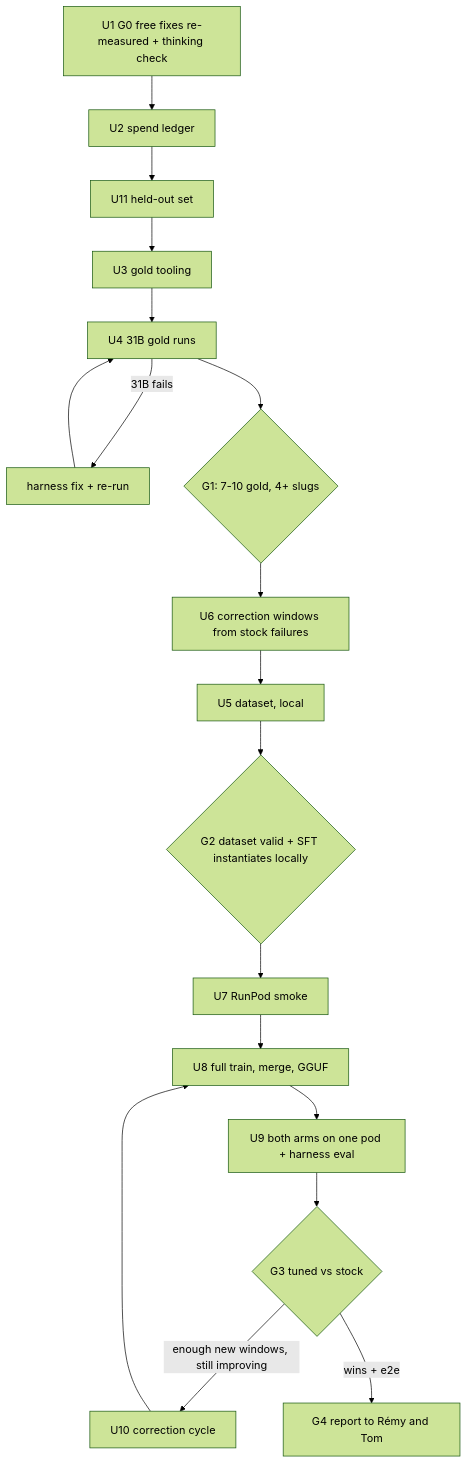
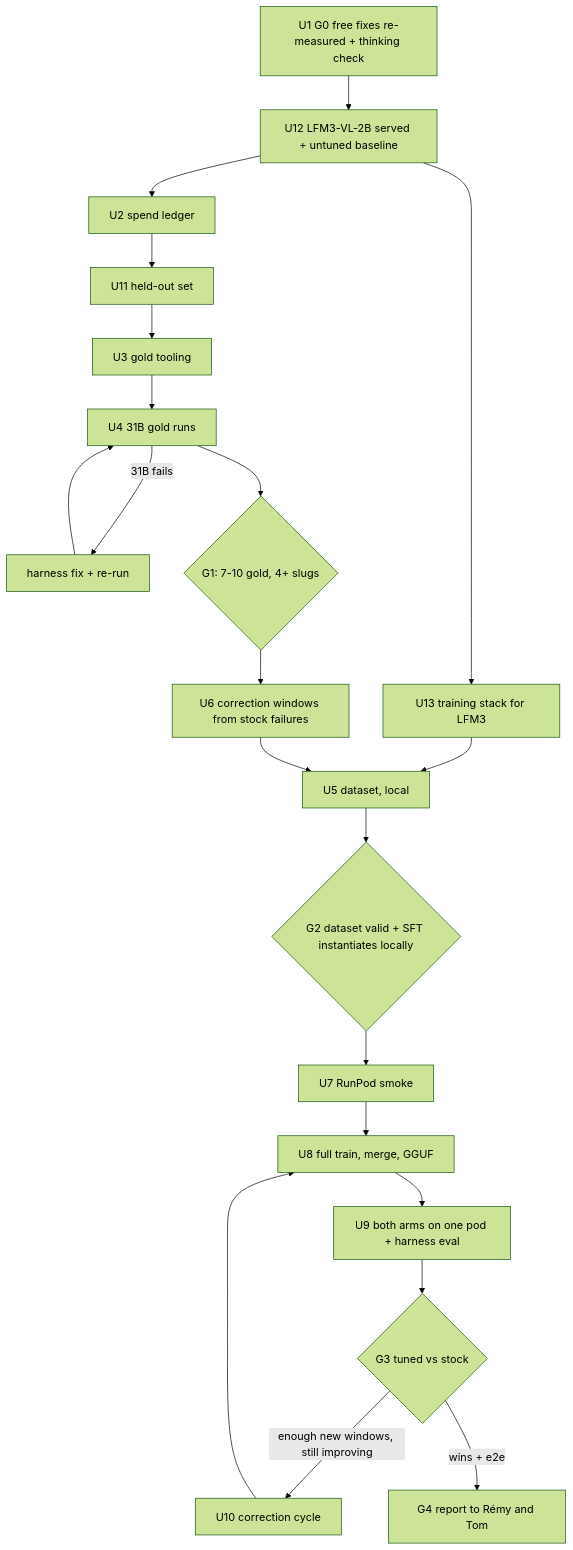
Before and after one commit to buriedsignals/splash: the diagram in docs/plans/2026-10-27-2327-feat-pi-harness-tom-tuning-loop-plan.md, drawn with Mermaid (forest theme). The commit also changed other lines of this file and 1 other file, not shown here.

````diff
--- a/docs/plans/2026-10-27-2327-feat-pi-harness-tom-tuning-loop-plan.md
+++ b/docs/plans/2026-10-27-2327-feat-pi-harness-tom-tuning-loop-plan.md
@@ -104,13 +109,14 @@
 ```mermaid
 flowchart TB
-  U1[U1 G0 free fixes re-measured + thinking check] --> U2[U2 spend ledger] --> U11[U11 held-out set]
+  U1[U1 G0 free fixes re-measured + thinking check] --> U12[U12 LFM3-VL-2B served + untuned baseline] --> U2[U2 spend ledger] --> U11[U11 held-out set]
+  U12 --> U13[U13 training stack for LFM3] --> U5
   U11 --> U3[U3 gold tooling] --> U4[U4 31B gold runs]
   U4 -->|31B fails| FIX[harness fix + re-run] --> U4
   U4 --> G1{G1: 7-10 gold, 4+ slugs}
   G1 --> U6[U6 correction windows from stock failures]
   U6 --> U5[U5 dataset, local] --> G2{G2 dataset valid + SFT instantiates locally}
   G2 --> U7[U7 RunPod smoke] --> U8[U8 full train, merge, GGUF]
   U8 --> U9[U9 both arms on one pod + harness eval] --> G3{G3 tuned vs stock}
   G3 -->|enough new windows, still improving| U10[U10 correction cycle] --> U8
   G3 -->|wins + e2e| G4[G4 report to Rémy and Tom]
 ```
````
